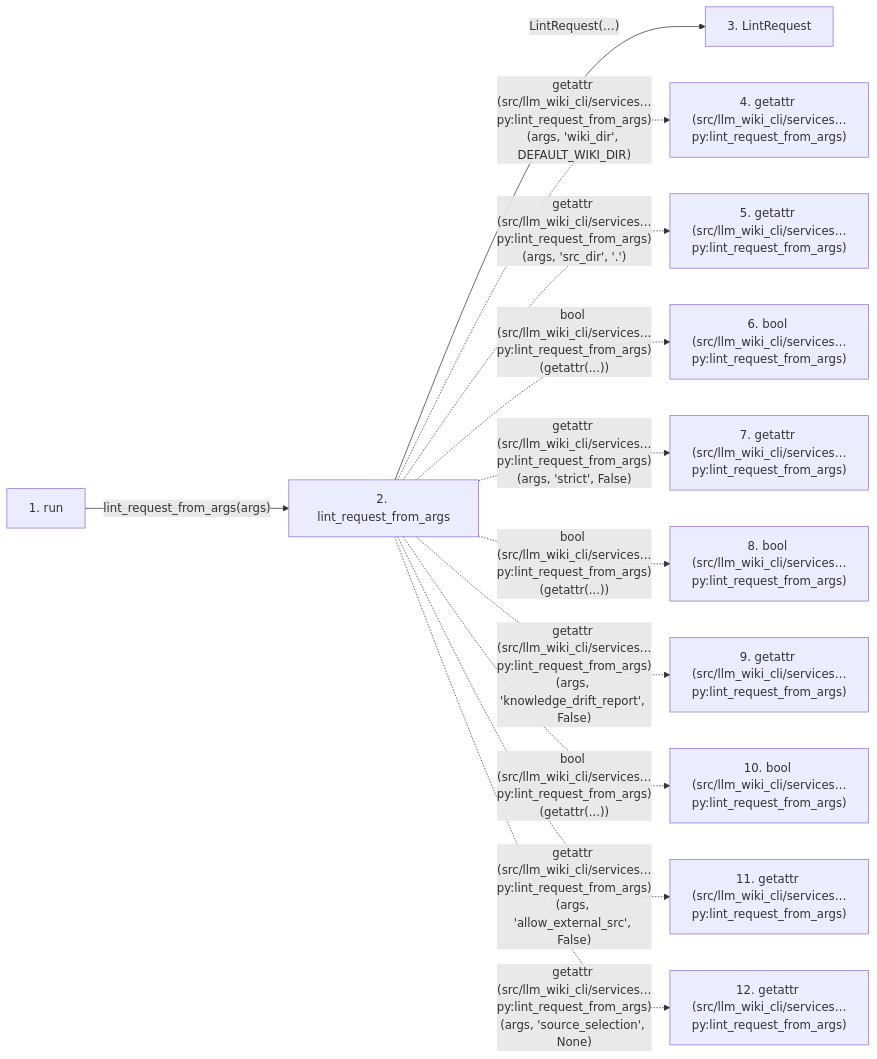
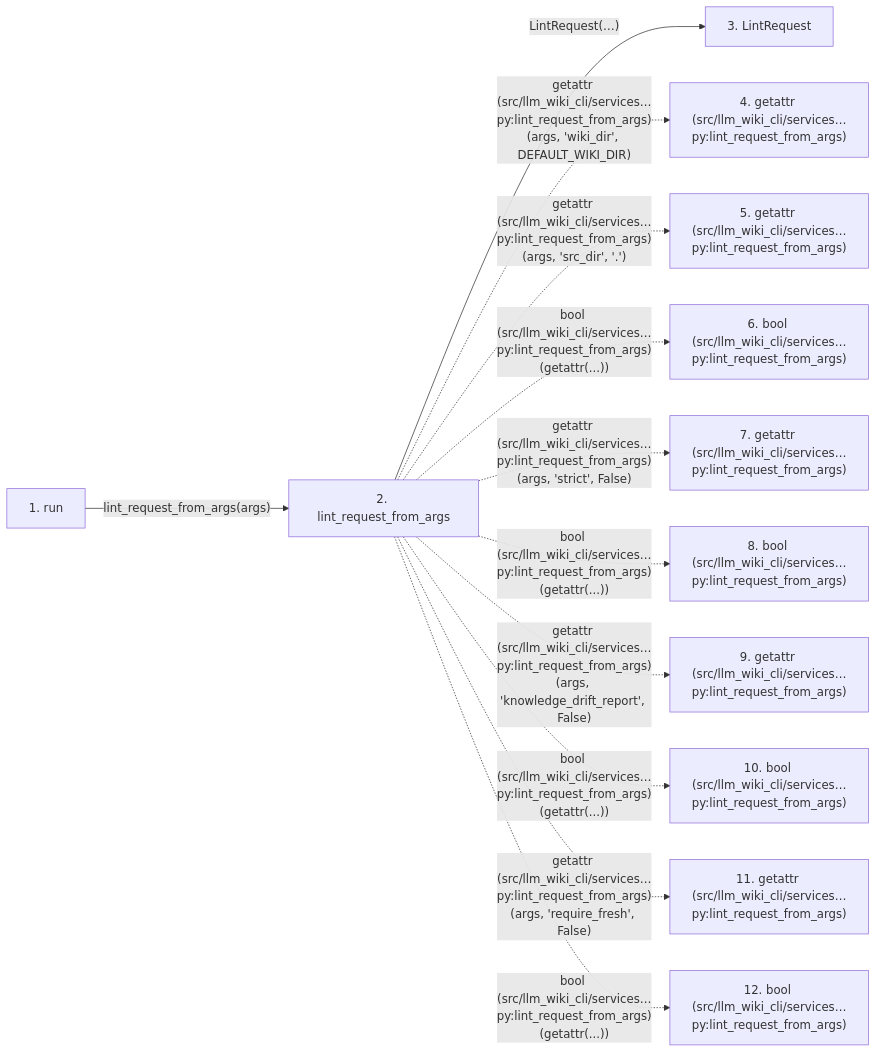
The second of 2 diagrams in docs/llm_wiki/flows/cli-lint.md (Denissvgn/python-wiki-llm), drawn with Mermaid before and after one commit. The commit also changed other lines of this file and 725 other files, not shown here.

````diff
--- a/docs/llm_wiki/flows/cli-lint.md
+++ b/docs/llm_wiki/flows/cli-lint.md
@@ -195,29 +196,29 @@
 ```mermaid
 flowchart LR
     s1["1. run"]
     s2["2. lint_request_from_args"]
     s3["3. LintRequest"]
     s4["4. getattr (src/llm_wiki_cli/services…py:lint_request_from_args)"]
     s5["5. getattr (src/llm_wiki_cli/services…py:lint_request_from_args)"]
     s6["6. bool (src/llm_wiki_cli/services…py:lint_request_from_args)"]
     s7["7. getattr (src/llm_wiki_cli/services…py:lint_request_from_args)"]
     s8["8. bool (src/llm_wiki_cli/services…py:lint_request_from_args)"]
     s9["9. getattr (src/llm_wiki_cli/services…py:lint_request_from_args)"]
     s10["10. bool (src/llm_wiki_cli/services…py:lint_request_from_args)"]
     s11["11. getattr (src/llm_wiki_cli/services…py:lint_request_from_args)"]
-    s12["12. getattr (src/llm_wiki_cli/services…py:lint_request_from_args)"]
+    s12["12. bool (src/llm_wiki_cli/services…py:lint_request_from_args)"]
     s1 -->|"lint_request_from_args(args)"| s2
     s2 -->|"LintRequest(…)"| s3
     s2 -. "getattr (src/llm_wiki_cli/services…py:lint_request_from_args)(args, 'wiki_dir', DEFAULT_WIKI_DIR)" .-> s4
     s2 -. "getattr (src/llm_wiki_cli/services…py:lint_request_from_args)(args, 'src_dir', '.')" .-> s5
     s2 -. "bool (src/llm_wiki_cli/services…py:lint_request_from_args)(getattr(...))" .-> s6
     s2 -. "getattr (src/llm_wiki_cli/services…py:lint_request_from_args)(args, 'strict', False)" .-> s7
     s2 -. "bool (src/llm_wiki_cli/services…py:lint_request_from_args)(getattr(...))" .-> s8
     s2 -. "getattr (src/llm_wiki_cli/services…py:lint_request_from_args)(args, 'knowledge_drift_report', False)" .-> s9
     s2 -. "bool (src/llm_wiki_cli/services…py:lint_request_from_args)(getattr(...))" .-> s10
-    s2 -. "getattr (src/llm_wiki_cli/services…py:lint_request_from_args)(args, 'allow_external_src', False)" .-> s11
-    s2 -. "getattr (src/llm_wiki_cli/services…py:lint_request_from_args)(args, 'source_selection', None)" .-> s12
+    s2 -. "getattr (src/llm_wiki_cli/services…py:lint_request_from_args)(args, 'require_fresh', False)" .-> s11
+    s2 -. "bool (src/llm_wiki_cli/services…py:lint_request_from_args)(getattr(...))" .-> s12
     click s1 "../modules/lint_service.md"
     click s2 "../modules/lint_service.md"
     click s3 "../modules/lint_request.md"
 ```
````
